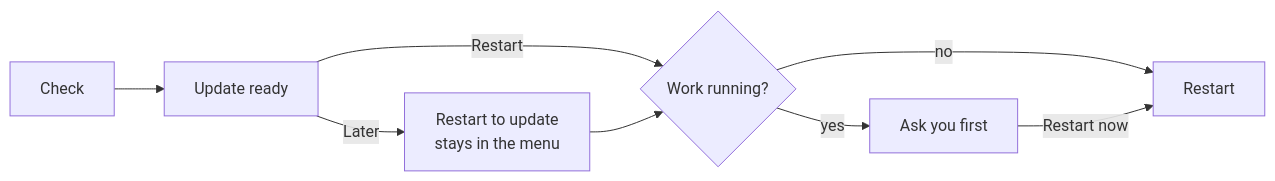
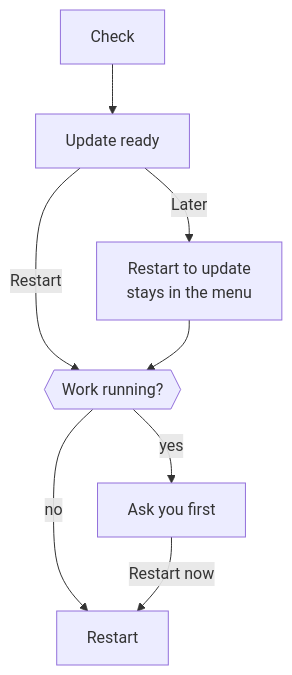
Before and after one commit to n8n-io/nod: the second of 2 diagrams in docs/src/content/docs/deploy/desktop-app.mdx, drawn with Mermaid. The commit also changed 54 other files, not shown here.

````diff
--- a/docs/src/content/docs/deploy/desktop-app.mdx
+++ b/docs/src/content/docs/deploy/desktop-app.mdx
@@ -103,10 +103,10 @@
 ```mermaid
-flowchart LR
+flowchart TD
   check[Check]:::muted --> ready[Update ready]
   ready -- Later --> menu[Restart to update<br/>stays in the menu]
-  ready -- Restart --> busy{Work running?}
+  ready -- Restart --> busy{{Work running?}}
   menu --> busy
   busy -- no --> restart[Restart]:::go
   busy -- yes --> ask[Ask you first]:::accent
   ask -- Restart now --> restart
 ```
````
